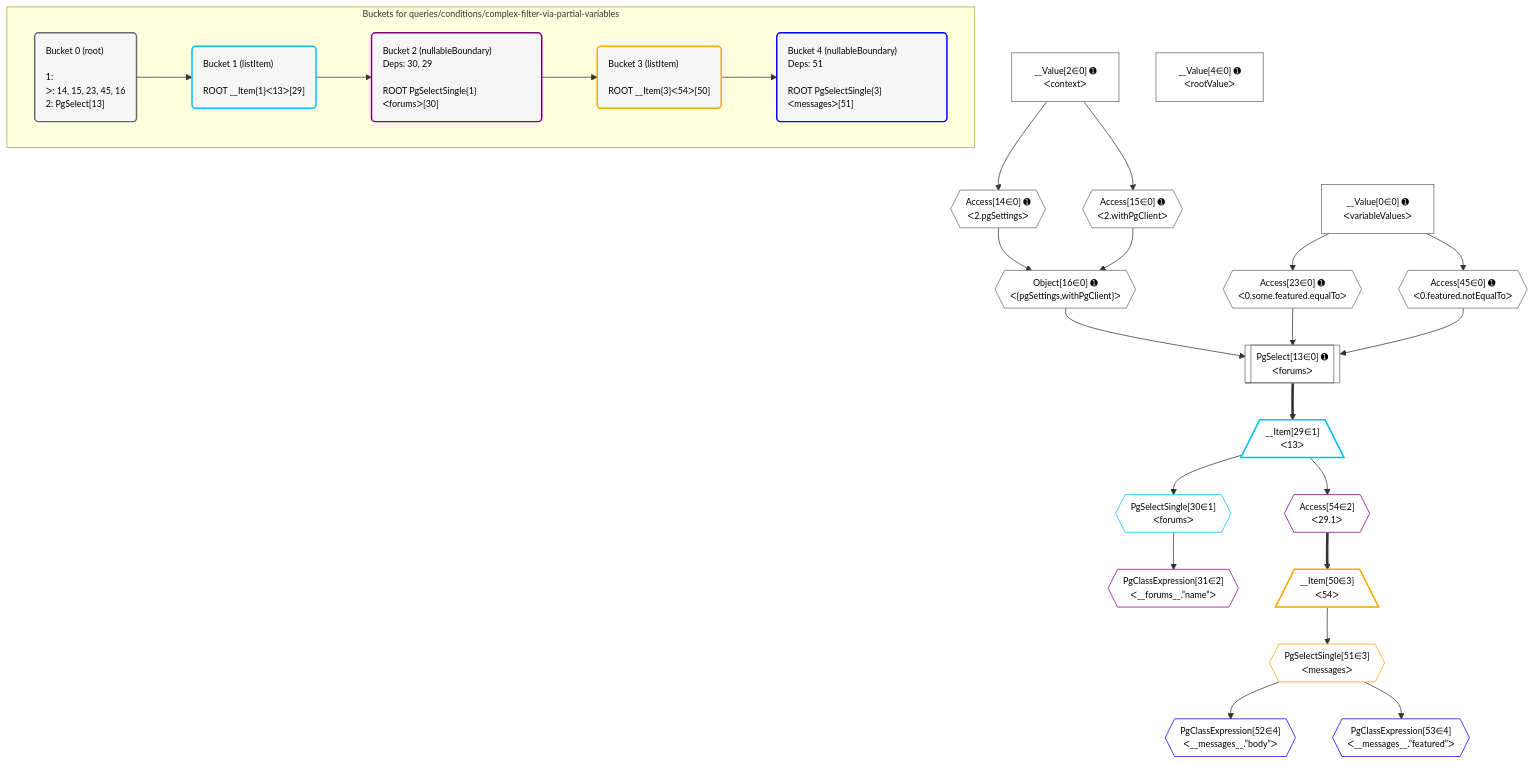
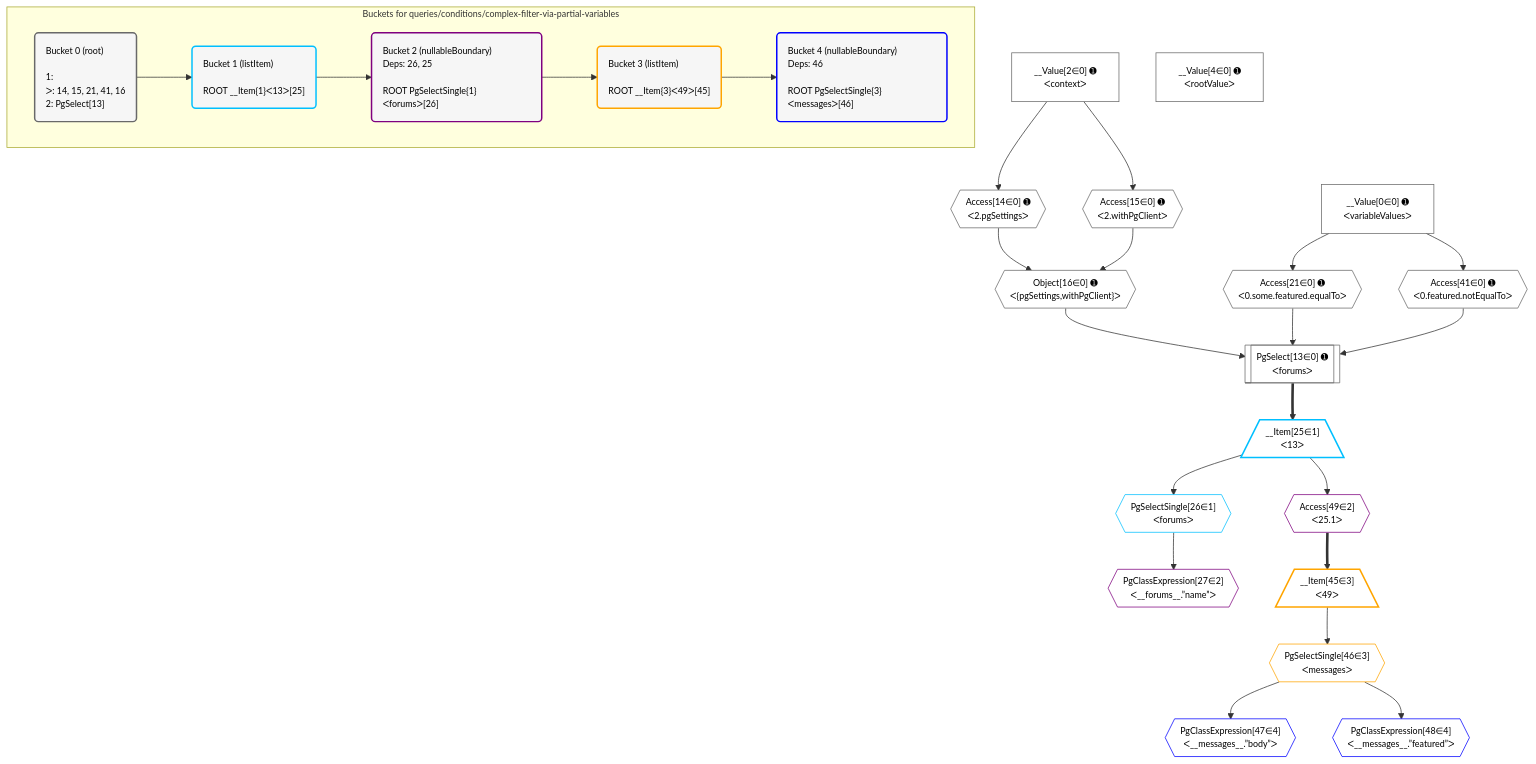
Before and after one commit to graphile/crystal: the diagram in grafast/dataplan-pg/__tests__/queries/conditions/complex-filter-via-partial-variables.mermaid, drawn with Mermaid. The commit also changed 5 other files, not shown here.

```diff
--- a/grafast/dataplan-pg/__tests__/queries/conditions/complex-filter-via-partial-variables.mermaid
+++ b/grafast/dataplan-pg/__tests__/queries/conditions/complex-filter-via-partial-variables.mermaid
@@ -1,66 +1,66 @@
 %%{init: {'themeVariables': { 'fontSize': '12px'}}}%%
 graph TD
     classDef path fill:#eee,stroke:#000,color:#000
     classDef plan fill:#fff,stroke-width:1px,color:#000
     classDef itemplan fill:#fff,stroke-width:2px,color:#000
     classDef unbatchedplan fill:#dff,stroke-width:1px,color:#000
     classDef sideeffectplan fill:#fcc,stroke-width:2px,color:#000
     classDef bucket fill:#f6f6f6,color:#000,stroke-width:2px,text-align:left
 
 
     %% plan dependencies
     PgSelect13[["PgSelect[13∈0] ➊<br />ᐸforumsᐳ"]]:::plan
     Object16{{"Object[16∈0] ➊<br />ᐸ{pgSettings,withPgClient}ᐳ"}}:::plan
-    Access23{{"Access[23∈0] ➊<br />ᐸ0.some.featured.equalToᐳ"}}:::plan
-    Access45{{"Access[45∈0] ➊<br />ᐸ0.featured.notEqualToᐳ"}}:::plan
-    Object16 & Access23 & Access45 --> PgSelect13
+    Access21{{"Access[21∈0] ➊<br />ᐸ0.some.featured.equalToᐳ"}}:::plan
+    Access41{{"Access[41∈0] ➊<br />ᐸ0.featured.notEqualToᐳ"}}:::plan
+    Object16 & Access21 & Access41 --> PgSelect13
     Access14{{"Access[14∈0] ➊<br />ᐸ2.pgSettingsᐳ"}}:::plan
     Access15{{"Access[15∈0] ➊<br />ᐸ2.withPgClientᐳ"}}:::plan
     Access14 & Access15 --> Object16
     __Value2["__Value[2∈0] ➊<br />ᐸcontextᐳ"]:::plan
     __Value2 --> Access14
     __Value2 --> Access15
     __Value0["__Value[0∈0] ➊<br />ᐸvariableValuesᐳ"]:::plan
-    __Value0 --> Access23
-    __Value0 --> Access45
+    __Value0 --> Access21
+    __Value0 --> Access41
     __Value4["__Value[4∈0] ➊<br />ᐸrootValueᐳ"]:::plan
-    __Item29[/"__Item[29∈1]<br />ᐸ13ᐳ"\]:::itemplan
-    PgSelect13 ==> __Item29
-    PgSelectSingle30{{"PgSelectSingle[30∈1]<br />ᐸforumsᐳ"}}:::plan
-    __Item29 --> PgSelectSingle30
-    PgClassExpression31{{"PgClassExpression[31∈2]<br />ᐸ__forums__.”name”ᐳ"}}:::plan
-    PgSelectSingle30 --> PgClassExpression31
-    Access54{{"Access[54∈2]<br />ᐸ29.1ᐳ"}}:::plan
-    __Item29 --> Access54
-    __Item50[/"__Item[50∈3]<br />ᐸ54ᐳ"\]:::itemplan
-    Access54 ==> __Item50
-    PgSelectSingle51{{"PgSelectSingle[51∈3]<br />ᐸmessagesᐳ"}}:::plan
-    __Item50 --> PgSelectSingle51
-    PgClassExpression52{{"PgClassExpression[52∈4]<br />ᐸ__messages__.”body”ᐳ"}}:::plan
-    PgSelectSingle51 --> PgClassExpression52
-    PgClassExpression53{{"PgClassExpression[53∈4]<br />ᐸ__messages__.”featured”ᐳ"}}:::plan
-    PgSelectSingle51 --> PgClassExpression53
+    __Item25[/"__Item[25∈1]<br />ᐸ13ᐳ"\]:::itemplan
+    PgSelect13 ==> __Item25
+    PgSelectSingle26{{"PgSelectSingle[26∈1]<br />ᐸforumsᐳ"}}:::plan
+    __Item25 --> PgSelectSingle26
+    PgClassExpression27{{"PgClassExpression[27∈2]<br />ᐸ__forums__.”name”ᐳ"}}:::plan
+    PgSelectSingle26 --> PgClassExpression27
+    Access49{{"Access[49∈2]<br />ᐸ25.1ᐳ"}}:::plan
+    __Item25 --> Access49
+    __Item45[/"__Item[45∈3]<br />ᐸ49ᐳ"\]:::itemplan
+    Access49 ==> __Item45
+    PgSelectSingle46{{"PgSelectSingle[46∈3]<br />ᐸmessagesᐳ"}}:::plan
+    __Item45 --> PgSelectSingle46
+    PgClassExpression47{{"PgClassExpression[47∈4]<br />ᐸ__messages__.”body”ᐳ"}}:::plan
+    PgSelectSingle46 --> PgClassExpression47
+    PgClassExpression48{{"PgClassExpression[48∈4]<br />ᐸ__messages__.”featured”ᐳ"}}:::plan
+    PgSelectSingle46 --> PgClassExpression48
 
     %% define steps
 
     subgraph "Buckets for queries/conditions/complex-filter-via-partial-variables"
-    Bucket0("Bucket 0 (root)<br /><br />1: <br />ᐳ: 14, 15, 23, 45, 16<br />2: PgSelect[13]"):::bucket
+    Bucket0("Bucket 0 (root)<br /><br />1: <br />ᐳ: 14, 15, 21, 41, 16<br />2: PgSelect[13]"):::bucket
     classDef bucket0 stroke:#696969
-    class Bucket0,__Value0,__Value2,__Value4,PgSelect13,Access14,Access15,Object16,Access23,Access45 bucket0
-    Bucket1("Bucket 1 (listItem)<br /><br />ROOT __Item{1}ᐸ13ᐳ[29]"):::bucket
+    class Bucket0,__Value0,__Value2,__Value4,PgSelect13,Access14,Access15,Object16,Access21,Access41 bucket0
+    Bucket1("Bucket 1 (listItem)<br /><br />ROOT __Item{1}ᐸ13ᐳ[25]"):::bucket
     classDef bucket1 stroke:#00bfff
-    class Bucket1,__Item29,PgSelectSingle30 bucket1
-    Bucket2("Bucket 2 (nullableBoundary)<br />Deps: 30, 29<br /><br />ROOT PgSelectSingle{1}ᐸforumsᐳ[30]"):::bucket
+    class Bucket1,__Item25,PgSelectSingle26 bucket1
+    Bucket2("Bucket 2 (nullableBoundary)<br />Deps: 26, 25<br /><br />ROOT PgSelectSingle{1}ᐸforumsᐳ[26]"):::bucket
     classDef bucket2 stroke:#7f007f
-    class Bucket2,PgClassExpression31,Access54 bucket2
-    Bucket3("Bucket 3 (listItem)<br /><br />ROOT __Item{3}ᐸ54ᐳ[50]"):::bucket
+    class Bucket2,PgClassExpression27,Access49 bucket2
+    Bucket3("Bucket 3 (listItem)<br /><br />ROOT __Item{3}ᐸ49ᐳ[45]"):::bucket
     classDef bucket3 stroke:#ffa500
-    class Bucket3,__Item50,PgSelectSingle51 bucket3
-    Bucket4("Bucket 4 (nullableBoundary)<br />Deps: 51<br /><br />ROOT PgSelectSingle{3}ᐸmessagesᐳ[51]"):::bucket
+    class Bucket3,__Item45,PgSelectSingle46 bucket3
+    Bucket4("Bucket 4 (nullableBoundary)<br />Deps: 46<br /><br />ROOT PgSelectSingle{3}ᐸmessagesᐳ[46]"):::bucket
     classDef bucket4 stroke:#0000ff
-    class Bucket4,PgClassExpression52,PgClassExpression53 bucket4
+    class Bucket4,PgClassExpression47,PgClassExpression48 bucket4
     Bucket0 --> Bucket1
     Bucket1 --> Bucket2
     Bucket2 --> Bucket3
     Bucket3 --> Bucket4
     end
```
